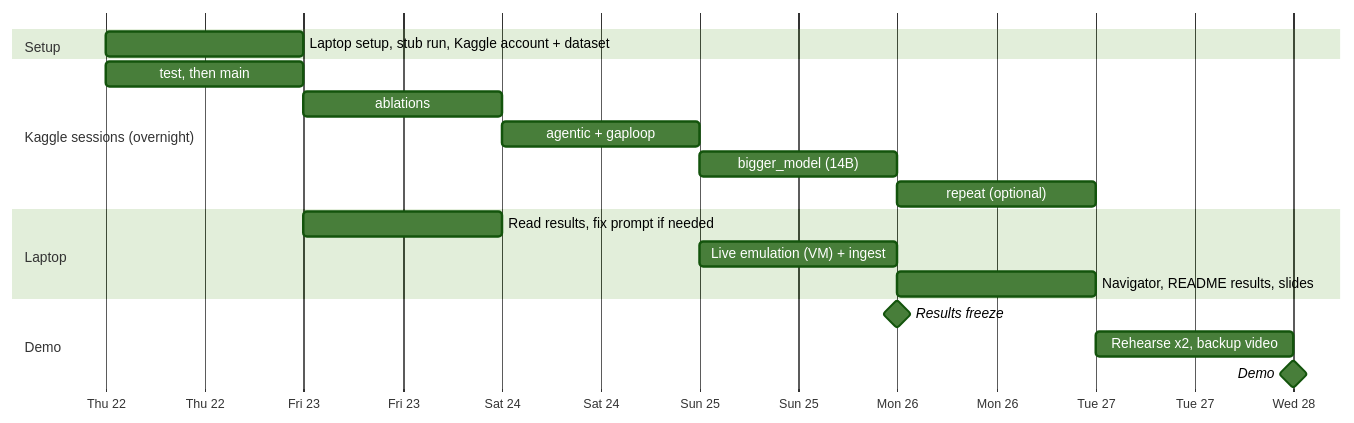
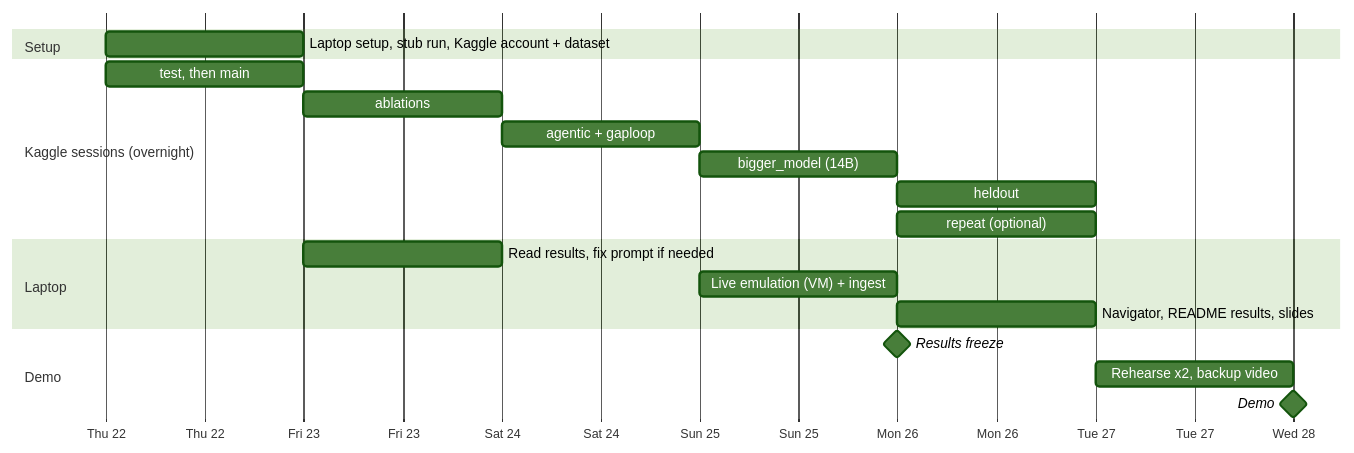
Before and after one commit to maverick-iac/ai-triage-assurance-lab: the diagram in docs/PLAN.md, drawn with Mermaid (forest theme). The commit also changed other lines of this file and 24 other files, not shown here.

````diff
--- a/docs/PLAN.md
+++ b/docs/PLAN.md
@@ -8,21 +8,22 @@
 ```mermaid
 gantt
     dateFormat  YYYY-MM-DD
     axisFormat  %a %d
     section Setup
     Laptop setup, stub run, Kaggle account + dataset     :a1, 2026-10-22, 1d
     section Kaggle sessions (overnight)
     test, then main                                     :b1, 2026-10-22, 1d
     ablations                                           :b2, 2026-10-23, 1d
     agentic + gaploop                                   :b3, 2026-10-24, 1d
     bigger_model (14B)                                  :b4, 2026-10-25, 1d
+    heldout                                             :b6, 2026-10-26, 1d
     repeat (optional)                                   :b5, 2026-10-26, 1d
     section Laptop
     Read results, fix prompt if needed                  :c1, 2026-10-23, 1d
     Live emulation (VM) + ingest                        :c2, 2026-10-25, 1d
     Navigator, README results, slides                   :c3, 2026-10-26, 1d
     section Demo
     Results freeze                                      :milestone, m1, 2026-10-26, 0d
     Rehearse x2, backup video                           :d1, 2026-10-27, 1d
     Demo                                                :milestone, m2, 2026-10-28, 0d
 ```
````
